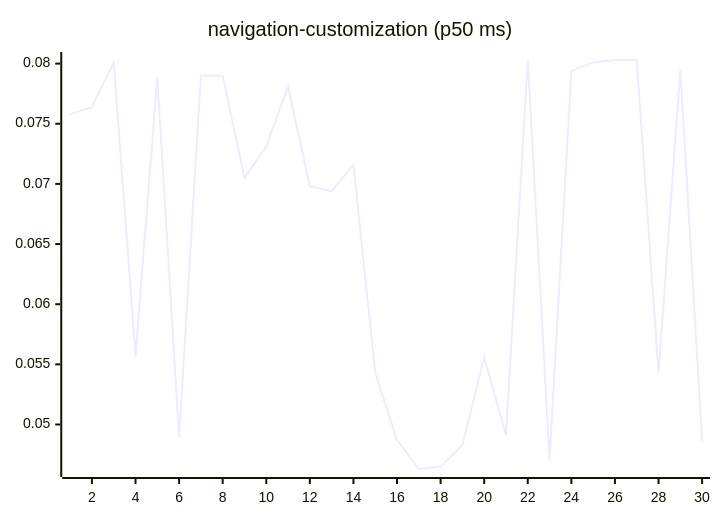
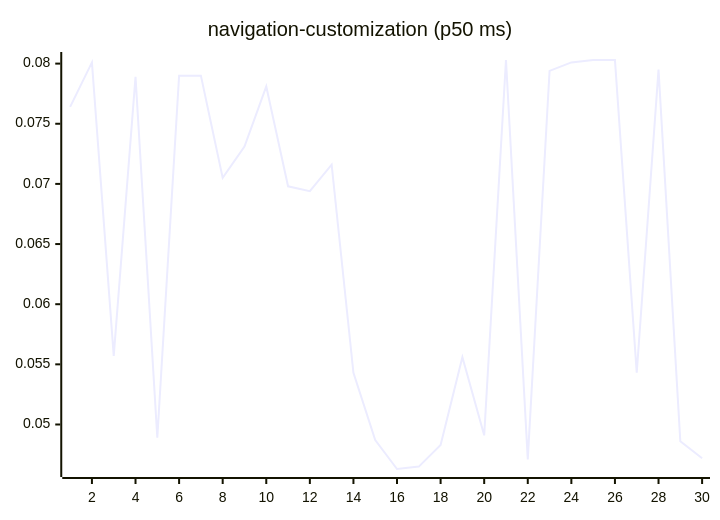
One commit to josha/Facet changed diagram 15 of 27 in README.md. Above: the diagram before and after it, drawn with Mermaid. The commit also changed other lines of this file and 2 other files, not shown here.

````diff
--- a/README.md
+++ b/README.md
@@ -161,6 +161,6 @@
 ```mermaid
 xychart-beta
     title "navigation-customization (p50 ms)"
     x-axis 1 --> 30
-    line [0.0758, 0.0764, 0.0801, 0.0557, 0.0789, 0.0489, 0.0790, 0.0790, 0.0705, 0.0731, 0.0781, 0.0698, 0.0694, 0.0716, 0.0543, 0.0487, 0.0463, 0.0465, 0.0483, 0.0556, 0.0491, 0.0803, 0.0471, 0.0794, 0.0801, 0.0803, 0.0803, 0.0543, 0.0795, 0.0486]
+    line [0.0764, 0.0801, 0.0557, 0.0789, 0.0489, 0.0790, 0.0790, 0.0705, 0.0731, 0.0781, 0.0698, 0.0694, 0.0716, 0.0543, 0.0487, 0.0463, 0.0465, 0.0483, 0.0556, 0.0491, 0.0803, 0.0471, 0.0794, 0.0801, 0.0803, 0.0803, 0.0543, 0.0795, 0.0486, 0.0472]
 ```
````
